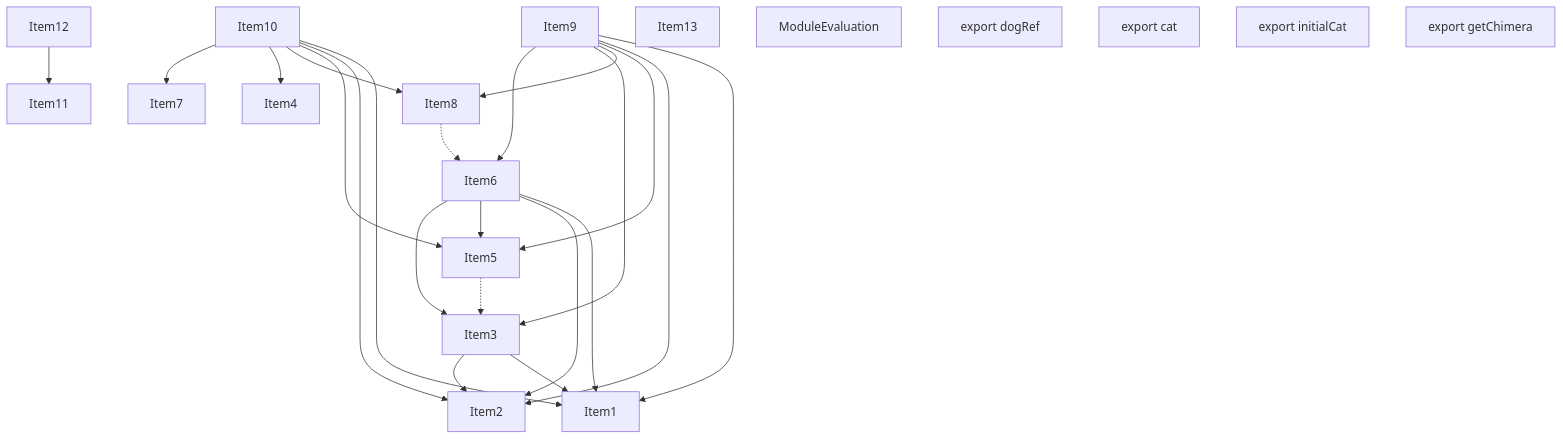
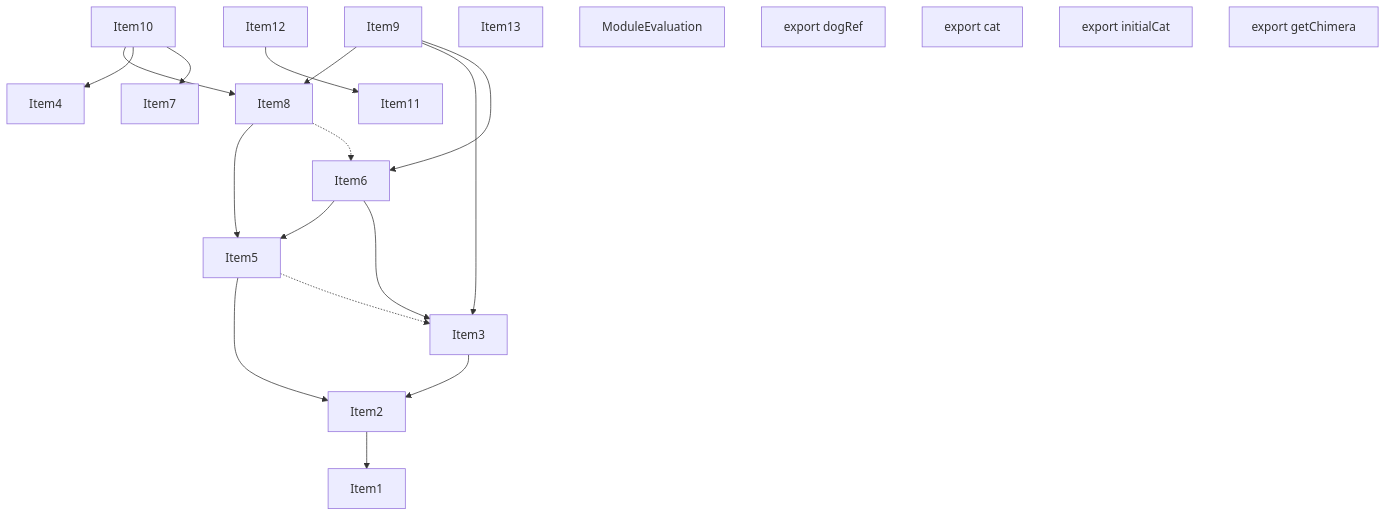
Before and after one commit to vercel/turborepo: the second of 5 diagrams in crates/turbopack-ecmascript/tests/tree-shaker/analyzer/complex/output.md, drawn with Mermaid. The commit also changed other lines of this file and 3 other files, not shown here.

````diff
--- a/crates/turbopack-ecmascript/tests/tree-shaker/analyzer/complex/output.md
+++ b/crates/turbopack-ecmascript/tests/tree-shaker/analyzer/complex/output.md
@@ -178,47 +181,41 @@
 ```mermaid
 graph TD
     Item1;
     Item2;
     Item3;
     Item4;
     Item5;
     Item6;
     Item7;
     Item8;
     Item9;
     Item10;
     Item11;
     Item12;
     Item13;
     Item14;
     Item14["ModuleEvaluation"];
     Item15;
     Item15["export dogRef"];
     Item16;
     Item16["export cat"];
     Item17;
     Item17["export initialCat"];
     Item18;
     Item18["export getChimera"];
-    Item3 --> Item1;
+    Item2 --> Item1;
     Item3 --> Item2;
+    Item5 --> Item2;
     Item5 -.-> Item3;
-    Item6 --> Item1;
-    Item6 --> Item2;
     Item6 --> Item5;
     Item6 --> Item3;
+    Item8 --> Item5;
     Item8 -.-> Item6;
-    Item9 --> Item1;
-    Item9 --> Item2;
-    Item9 --> Item5;
     Item9 --> Item8;
     Item9 --> Item3;
     Item9 --> Item6;
-    Item10 --> Item1;
-    Item10 --> Item2;
-    Item10 --> Item5;
     Item10 --> Item8;
     Item10 --> Item4;
     Item10 --> Item7;
     Item12 --> Item11;
 ```
````
